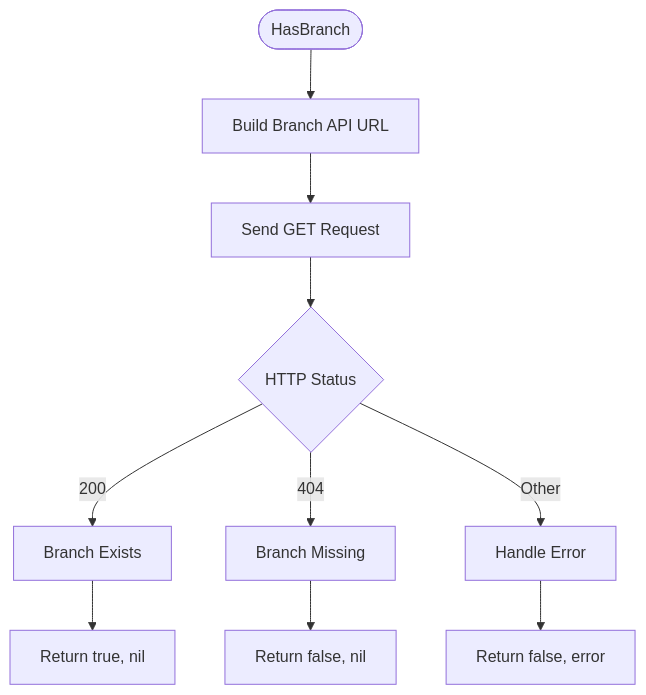
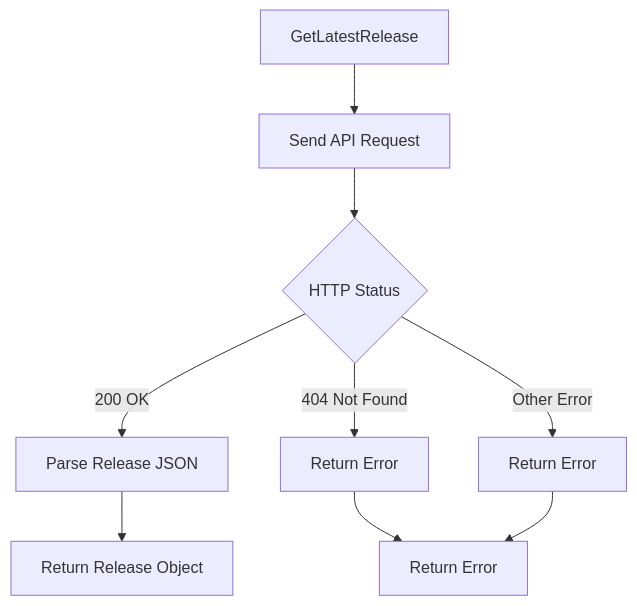
One commit to Kargones/apk-ci changed the third of 13 diagrams in .qoder/repowiki/en/content/Advanced Integrations/Gitea Integration.md. Above: the diagram before and after it, drawn with Mermaid. The commit also changed other lines of this file and 2036 other files, not shown here.

````diff
--- a/.qoder/repowiki/en/content/Advanced Integrations/Gitea Integration.md
+++ b/.qoder/repowiki/en/content/Advanced Integrations/Gitea Integration.md
@@ -233,12 +198,11 @@
 ```mermaid
 flowchart TD
-Start([HasBranch]) --> BuildURL["Build Branch API URL"]
-BuildURL --> SendRequest["Send GET Request"]
-SendRequest --> CheckStatus{"HTTP Status"}
-CheckStatus --> |200| BranchExists["Branch Exists"]
-CheckStatus --> |404| BranchMissing["Branch Missing"]
-CheckStatus --> |Other| HandleError["Handle Error"]
-BranchExists --> ReturnTrue["Return true, nil"]
-BranchMissing --> ReturnFalse["Return false, nil"]
-HandleError --> ReturnError["Return false, error"]
+A[GetLatestRelease] --> B[Send API Request]
+B --> C{HTTP Status}
+C --> |200 OK| D[Parse Release JSON]
+C --> |404 Not Found| E[Return Error]
+C --> |Other Error| F[Return Error]
+D --> G[Return Release Object]
+E --> H[Return Error]
+F --> H
 ```
````
